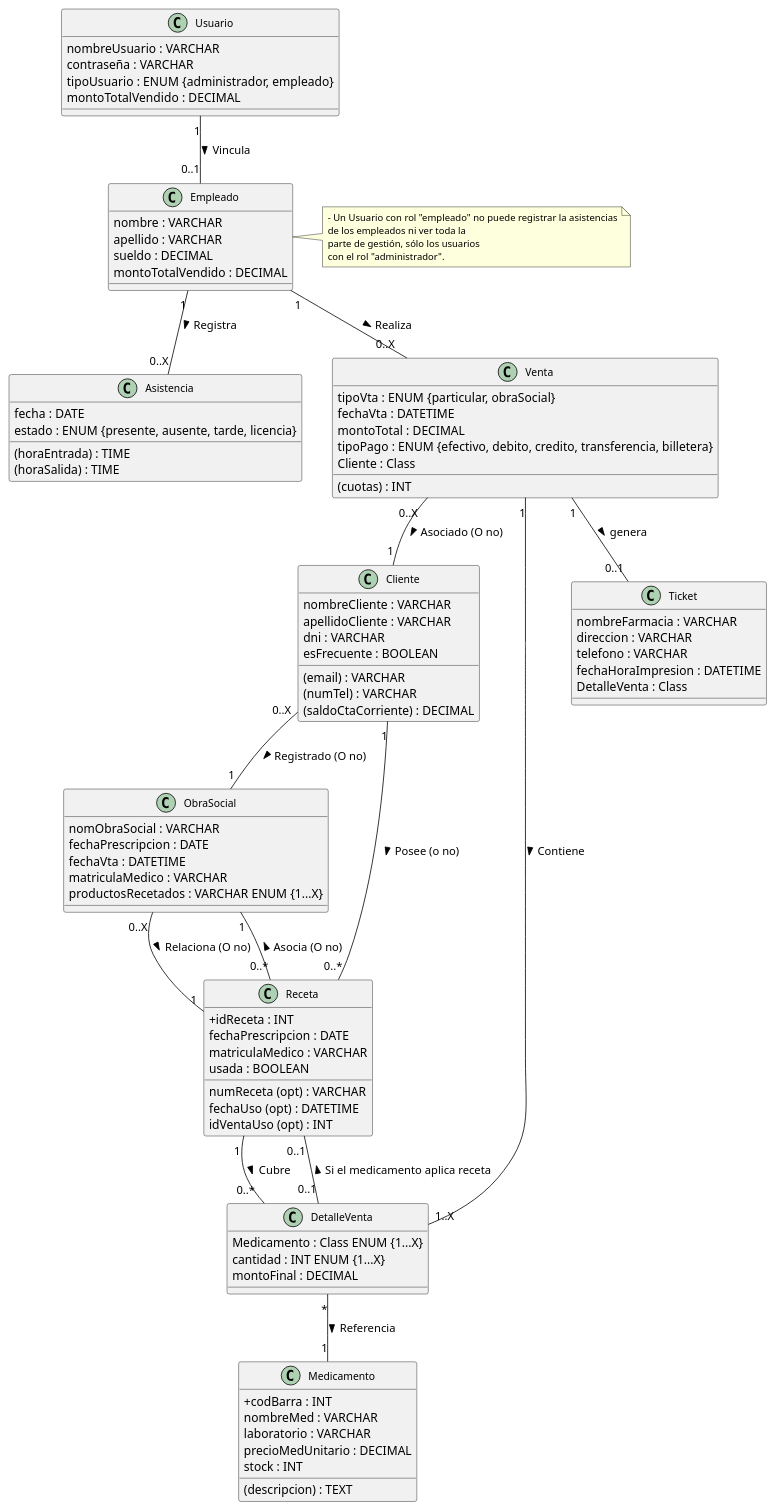
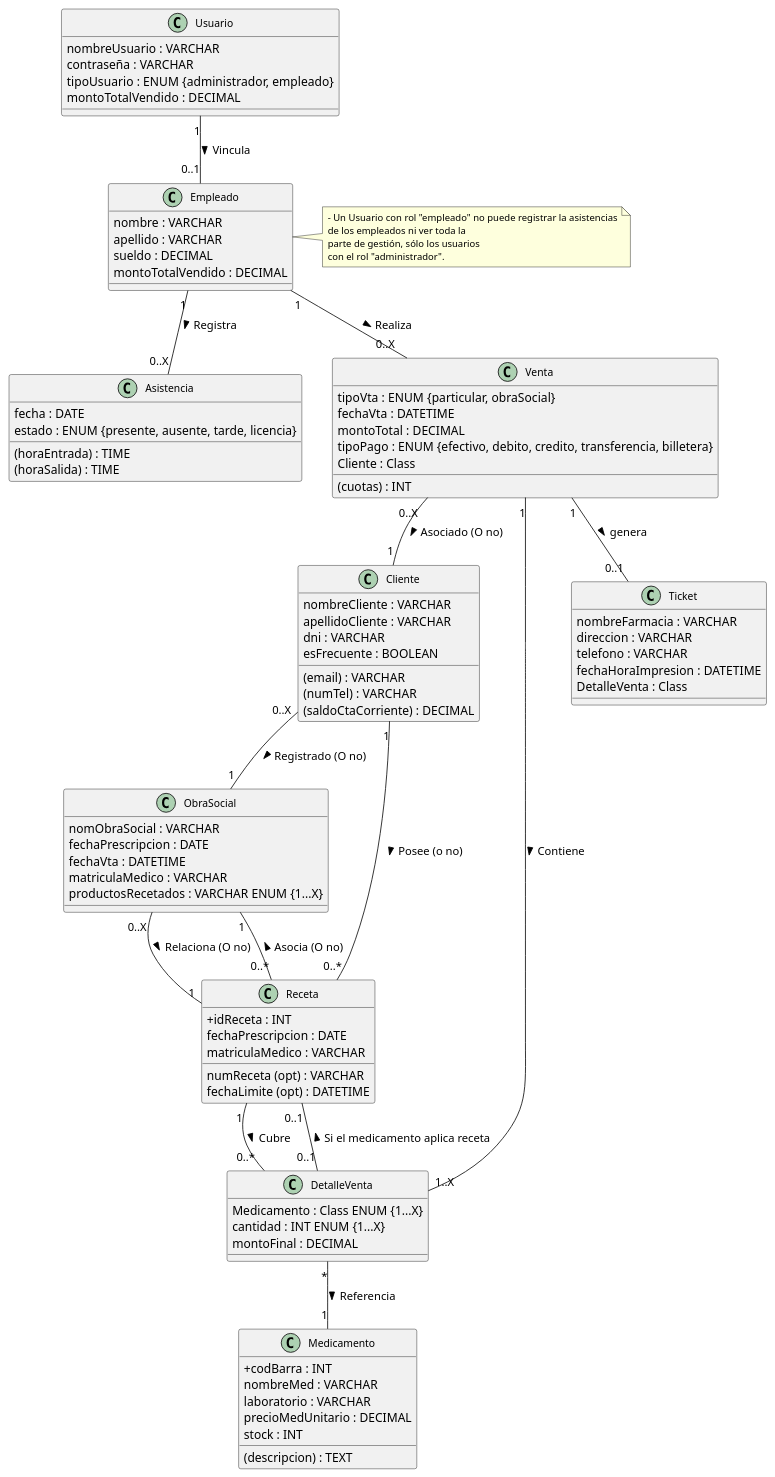
The diagram in 07 - Modelo de Dominio/modeloDominio.puml (zEzequR/PF-I), drawn with PlantUML before and after one commit.

Commit message:
Diagrama de Dominio V1.1.1

```diff
--- a/07 - Modelo de Dominio/modeloDominio.puml
+++ b/07 - Modelo de Dominio/modeloDominio.puml
@@ -1,113 +1,111 @@
 @startuml modeloDominio
 ' Modelo de dominio - Farmacia (sin Afiliacion; snapshot de obra social en Venta)
 
 skinparam classAttributeIconSize 0
 skinparam classFontSize 12
 skinparam noteFontSize 11
 
 class Medicamento {
   + codBarra : INT
     nombreMed : VARCHAR
     (descripcion) : TEXT
     laboratorio : VARCHAR
     precioMedUnitario : DECIMAL
     stock : INT
 }
 
 class Usuario {
     nombreUsuario : VARCHAR
     contraseña : VARCHAR
     tipoUsuario : ENUM {administrador, empleado}
     montoTotalVendido : DECIMAL
 }
 
 class Empleado {
     nombre : VARCHAR
     apellido : VARCHAR
     sueldo : DECIMAL
     montoTotalVendido : DECIMAL
 }
 
 class Asistencia {
     fecha : DATE
     (horaEntrada) : TIME
     (horaSalida) : TIME
     estado : ENUM {presente, ausente, tarde, licencia}
 }
 
 class Cliente {
     nombreCliente : VARCHAR
     apellidoCliente : VARCHAR
     dni : VARCHAR
     (email) : VARCHAR
     (numTel) : VARCHAR
     (saldoCtaCorriente) : DECIMAL
     esFrecuente : BOOLEAN
 }
 
 class ObraSocial {
     nomObraSocial : VARCHAR
     fechaPrescripcion : DATE
     fechaVta : DATETIME
     matriculaMedico : VARCHAR
     productosRecetados : VARCHAR ENUM {1...X}
 }
 
 ' Receta: entidad para validar prescripciones y evitar doble dispensación
 class Receta {
   + idReceta : INT
     numReceta (opt) : VARCHAR
     fechaPrescripcion : DATE
     matriculaMedico : VARCHAR
-    usada : BOOLEAN
-    fechaUso (opt) : DATETIME
-    idVentaUso (opt) : INT
+    fechaLimite (opt) : DATETIME
 }
 
 class Venta {
     tipoVta : ENUM {particular, obraSocial}
     fechaVta : DATETIME
     montoTotal : DECIMAL
     tipoPago : ENUM {efectivo, debito, credito, transferencia, billetera}
     Cliente : Class
     (cuotas) : INT
 }
 
 class DetalleVenta {
     Medicamento : Class ENUM {1...X}
     cantidad : INT ENUM {1...X}
     montoFinal : DECIMAL
 }
 
 class Ticket {
     nombreFarmacia : VARCHAR
     direccion : VARCHAR
     telefono : VARCHAR
     fechaHoraImpresion : DATETIME
     DetalleVenta : Class
 }
 
 ' Asociaciones / multiplicidades
 Venta "1" -- "1..X" DetalleVenta : Contiene >
 DetalleVenta "*" -- "1" Medicamento : Referencia >
 Empleado "1" -- "0..X" Venta : Realiza >
 Venta "0..X" -- "1" Cliente : Asociado (O no) >
 Cliente "0..X" -- "1" ObraSocial : Registrado (O no) >
 Cliente "1" -- "0..*" Receta : Posee (o no) >
 Receta "1" -- "0..*" DetalleVenta : Cubre >
 DetalleVenta "0..1" -- "0..1" Receta : Si el medicamento aplica receta >
 ObraSocial "0..X" -- "1" Receta : Relaciona (O no) >
 Receta "0..*" -- "1" ObraSocial : Asocia (O no) >
 Usuario "1" -- "0..1" Empleado : Vincula >
 Empleado "1" -- "0..X" Asistencia : Registra >
 Venta "1" -- "0..1" Ticket : genera >
 
 ' Notas
 note right of Empleado
   - Un Usuario con rol "empleado" no puede registrar la asistencias
   de los empleados ni ver toda la
   parte de gestión, sólo los usuarios
   con el rol "administrador".
 end note
 
 @enduml
```
